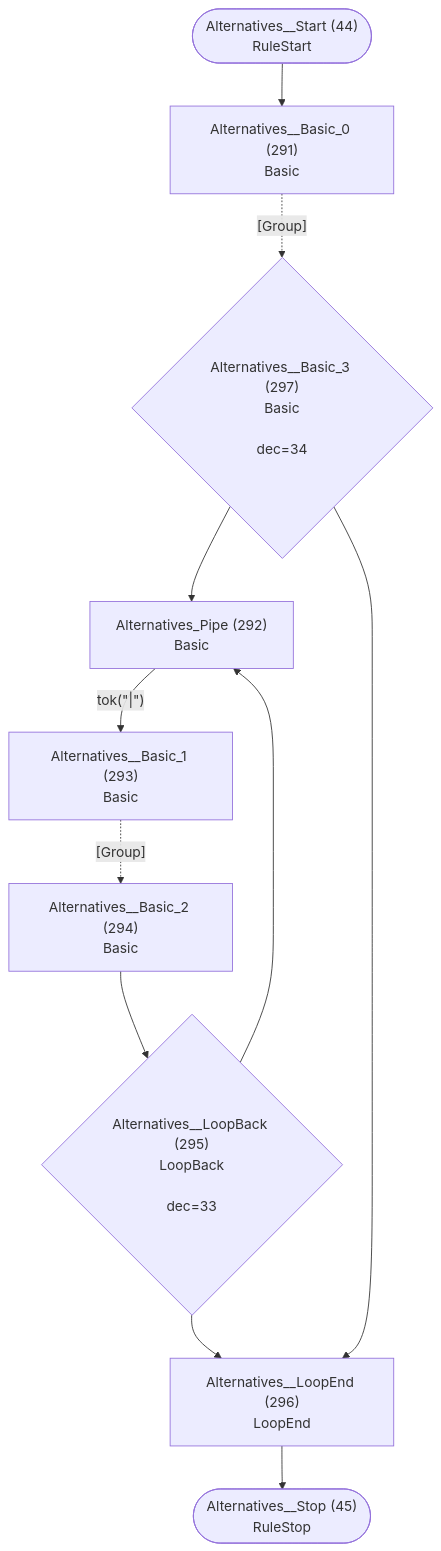
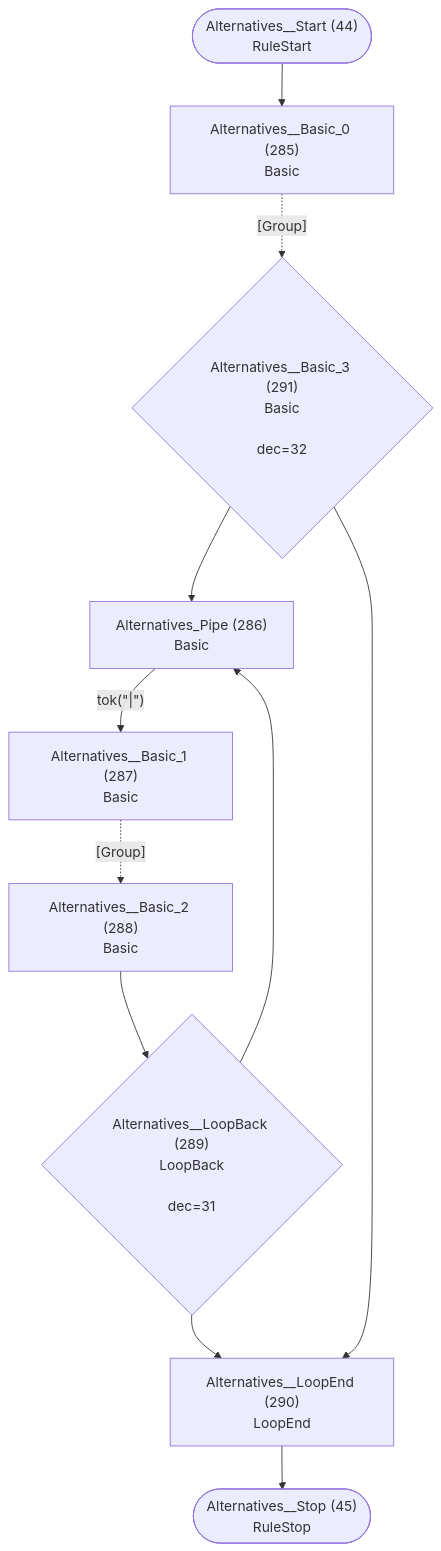
One commit to TypeFox/fastbelt changed diagram 23 of 40 in internal/grammar/atn.md. Above: the diagram before and after it, drawn with Mermaid. The commit also changed other lines of this file and 12 other files, not shown here.

````diff
--- a/internal/grammar/atn.md
+++ b/internal/grammar/atn.md
@@ -693,23 +679,23 @@
 ```mermaid
 flowchart TD
     q44(["Alternatives__Start (44)<br/>RuleStart"])
     q45(["Alternatives__Stop (45)<br/>RuleStop"])
-    q291["Alternatives__Basic_0 (291)<br/>Basic<br/>"]
-    q292["Alternatives_Pipe (292)<br/>Basic<br/>"]
-    q293["Alternatives__Basic_1 (293)<br/>Basic<br/>"]
-    q294["Alternatives__Basic_2 (294)<br/>Basic<br/>"]
-    q295{"Alternatives__LoopBack (295)<br/>LoopBack<br/><br/>dec=33"}
-    q296["Alternatives__LoopEnd (296)<br/>LoopEnd<br/>"]
-    q297{"Alternatives__Basic_3 (297)<br/>Basic<br/><br/>dec=34"}
+    q285["Alternatives__Basic_0 (285)<br/>Basic<br/>"]
+    q286["Alternatives_Pipe (286)<br/>Basic<br/>"]
+    q287["Alternatives__Basic_1 (287)<br/>Basic<br/>"]
+    q288["Alternatives__Basic_2 (288)<br/>Basic<br/>"]
+    q289{"Alternatives__LoopBack (289)<br/>LoopBack<br/><br/>dec=31"}
+    q290["Alternatives__LoopEnd (290)<br/>LoopEnd<br/>"]
+    q291{"Alternatives__Basic_3 (291)<br/>Basic<br/><br/>dec=32"}
 
-    q44 --> q291
-    q291 -.->|"[Group]"| q297
-    q292 -->|"tok(&quot;|&quot;)"| q293
-    q293 -.->|"[Group]"| q294
-    q294 --> q295
-    q295 --> q292
-    q295 --> q296
-    q296 --> q45
-    q297 --> q292
-    q297 --> q296
+    q44 --> q285
+    q285 -.->|"[Group]"| q291
+    q286 -->|"tok(&quot;|&quot;)"| q287
+    q287 -.->|"[Group]"| q288
+    q288 --> q289
+    q289 --> q286
+    q289 --> q290
+    q290 --> q45
+    q291 --> q286
+    q291 --> q290
 ```
````
